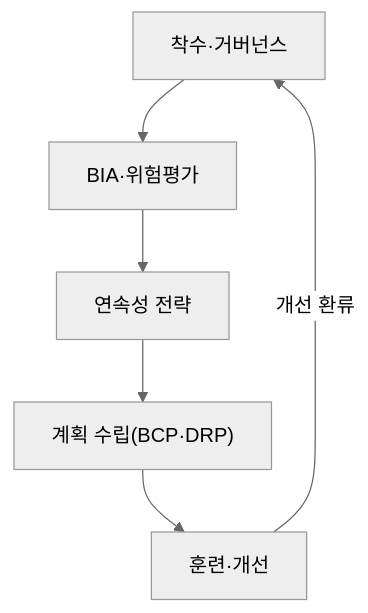
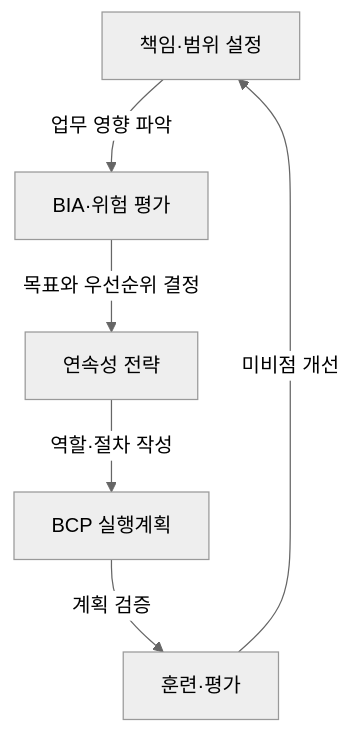
Before and after one commit to agnusdei1207/study: the second of 3 diagrams in src/content/docs/notes/itpe/01-it-strategy/030_bcp.md, drawn with Mermaid (neutral theme). The commit also changed other lines of this file and 6 other files, not shown here.

````diff
--- a/src/content/docs/notes/itpe/01-it-strategy/030_bcp.md
+++ b/src/content/docs/notes/itpe/01-it-strategy/030_bcp.md
@@ -95,8 +94,8 @@
 ```mermaid
 flowchart TD
-    A["착수·거버넌스"] --> B["BIA·위험평가"]
-    B --> C["연속성 전략"]
-    C --> D["계획 수립(BCP·DRP)"]
-    D --> E["훈련·개선"]
-    E -->|"개선 환류"| A
+    A["책임·범위 설정"] -->|업무 영향 파악| B["BIA·위험 평가"]
+    B -->|목표와 우선순위 결정| C["연속성 전략"]
+    C -->|역할·절차 작성| D["BCP 실행계획"]
+    D -->|계획 검증| E["훈련·평가"]
+    E -->|미비점 개선| A
 ```
````
